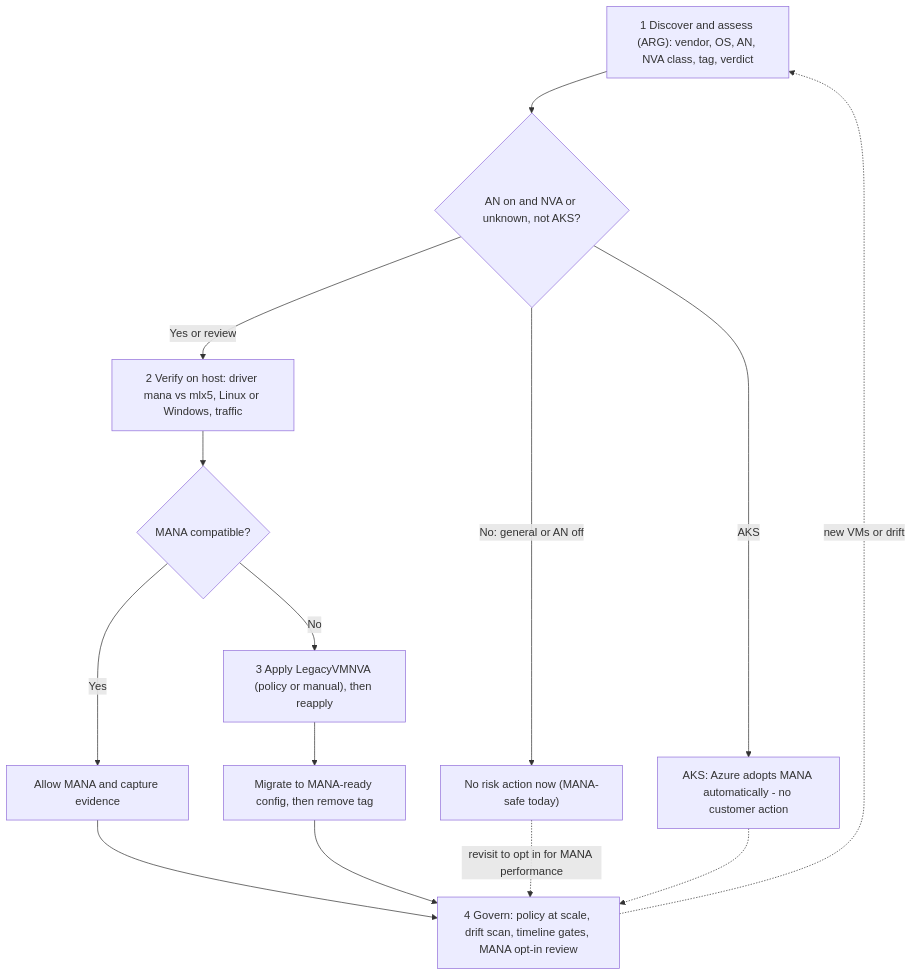
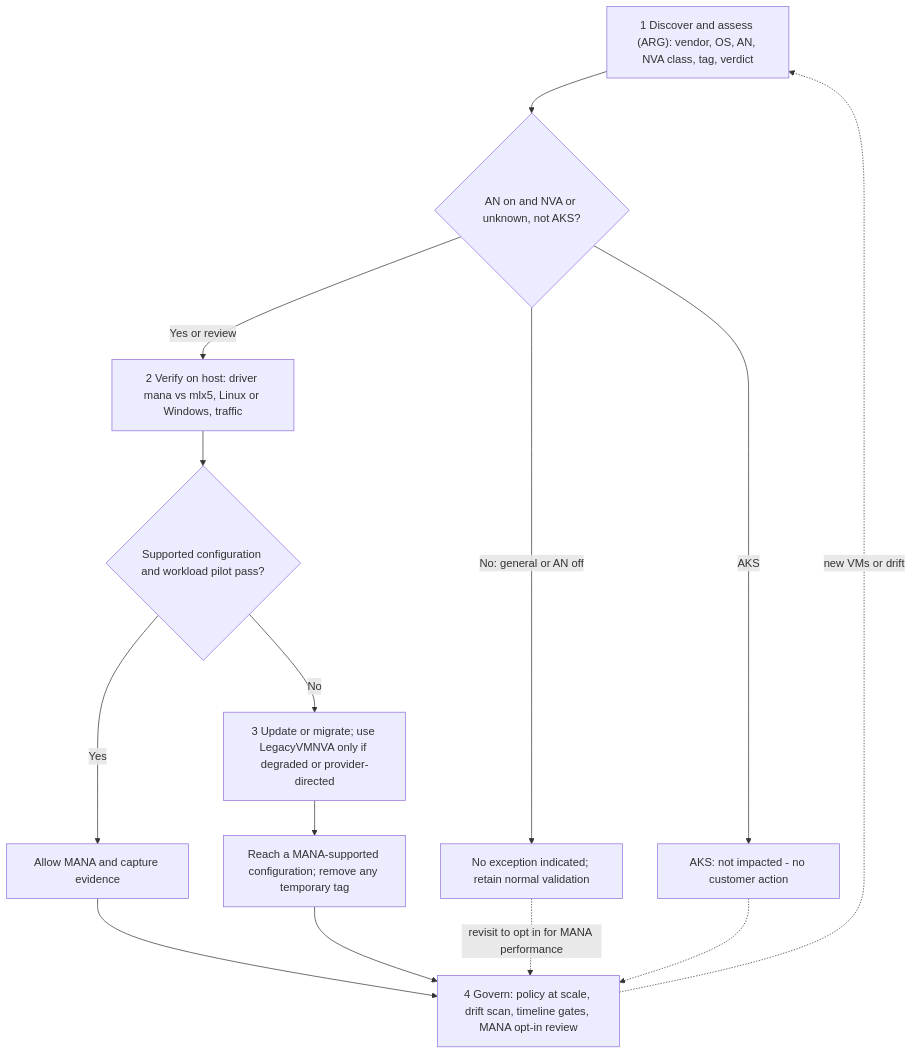
One commit to kpkool/azure-mana-nva-toolkit changed the second of 2 diagrams in README.md. Above: the diagram before and after it, drawn with Mermaid. The commit also changed other lines of this file and 30 other files, not shown here.

````diff
--- a/README.md
+++ b/README.md
@@ -44,16 +48,16 @@
 ```mermaid
 flowchart TD
   A["1 Discover and assess (ARG): vendor, OS, AN, NVA class, tag, verdict"] --> B{"AN on and NVA or unknown, not AKS?"}
-  B -->|"No: general or AN off"| Z["No risk action now (MANA-safe today)"]
-  B -->|"AKS"| K["AKS: Azure adopts MANA automatically - no customer action"]
+  B -->|"No: general or AN off"| Z["No exception indicated; retain normal validation"]
+  B -->|"AKS"| K["AKS: not impacted - no customer action"]
   B -->|"Yes or review"| C["2 Verify on host: driver mana vs mlx5, Linux or Windows, traffic"]
-  C --> D{"MANA compatible?"}
+  C --> D{"Supported configuration and workload pilot pass?"}
   D -->|"Yes"| E["Allow MANA and capture evidence"]
-  D -->|"No"| F["3 Apply LegacyVMNVA (policy or manual), then reapply"]
-  F --> G["Migrate to MANA-ready config, then remove tag"]
+  D -->|"No"| F["3 Update or migrate; use LegacyVMNVA only if degraded or provider-directed"]
+  F --> G["Reach a MANA-supported configuration; remove any temporary tag"]
   E --> H["4 Govern: policy at scale, drift scan, timeline gates, MANA opt-in review"]
   G --> H
   Z -.->|"revisit to opt in for MANA performance"| H
   K -.-> H
   H -.->|"new VMs or drift"| A
 ```
````
